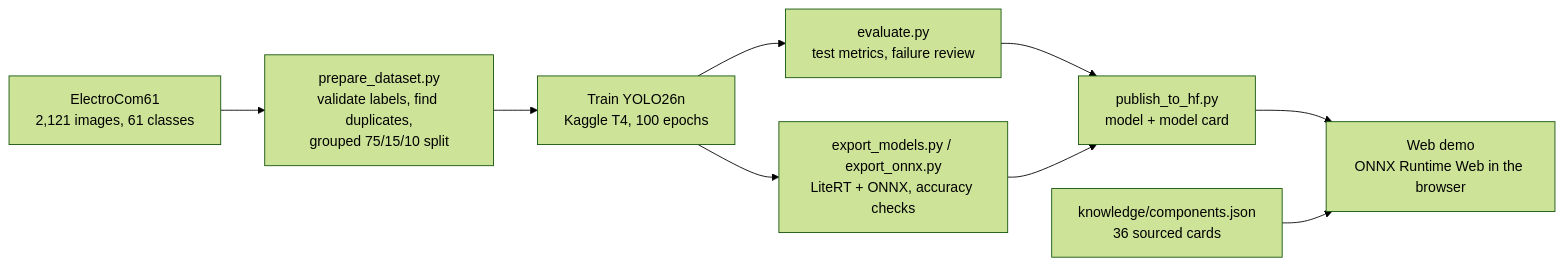
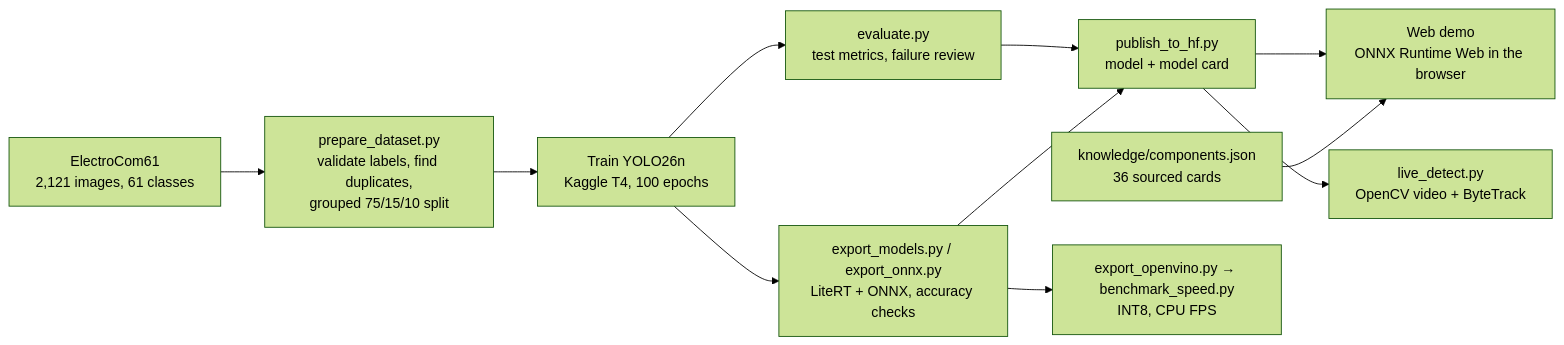
The second of 2 diagrams in README.md (Jatheel/circuitcoach-ai), drawn with Mermaid (forest theme) before and after one commit. The commit also changed other lines of this file and 7 other files, not shown here.

First line of the commit message:
Add OpenVINO model export and live detection scripts

````diff
--- a/README.md
+++ b/README.md
@@ -81,11 +149,13 @@
 ```mermaid
 flowchart LR
     A[ElectroCom61<br/>2,121 images, 61 classes] --> B[prepare_dataset.py<br/>validate labels, find duplicates,<br/>grouped 75/15/10 split]
     B --> C[Train YOLO26n<br/>Kaggle T4, 100 epochs]
     C --> D[evaluate.py<br/>test metrics, failure review]
     C --> E[export_models.py / export_onnx.py<br/>LiteRT + ONNX, accuracy checks]
     D --> F[publish_to_hf.py<br/>model + model card]
     E --> F
     F --> G[Web demo<br/>ONNX Runtime Web in the browser]
     H[knowledge/components.json<br/>36 sourced cards] --> G
+    F --> I[live_detect.py<br/>OpenCV video + ByteTrack]
+    E --> J[export_openvino.py → benchmark_speed.py<br/>INT8, CPU FPS]
 ```
````
